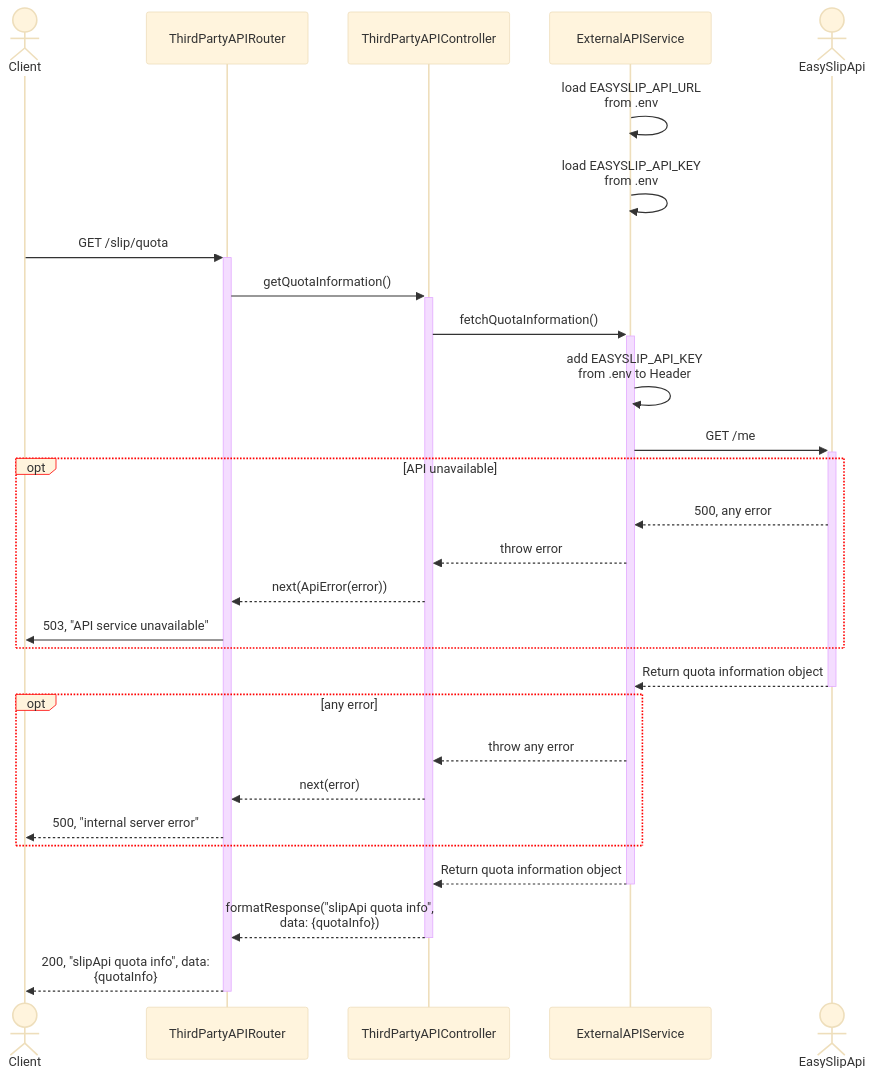
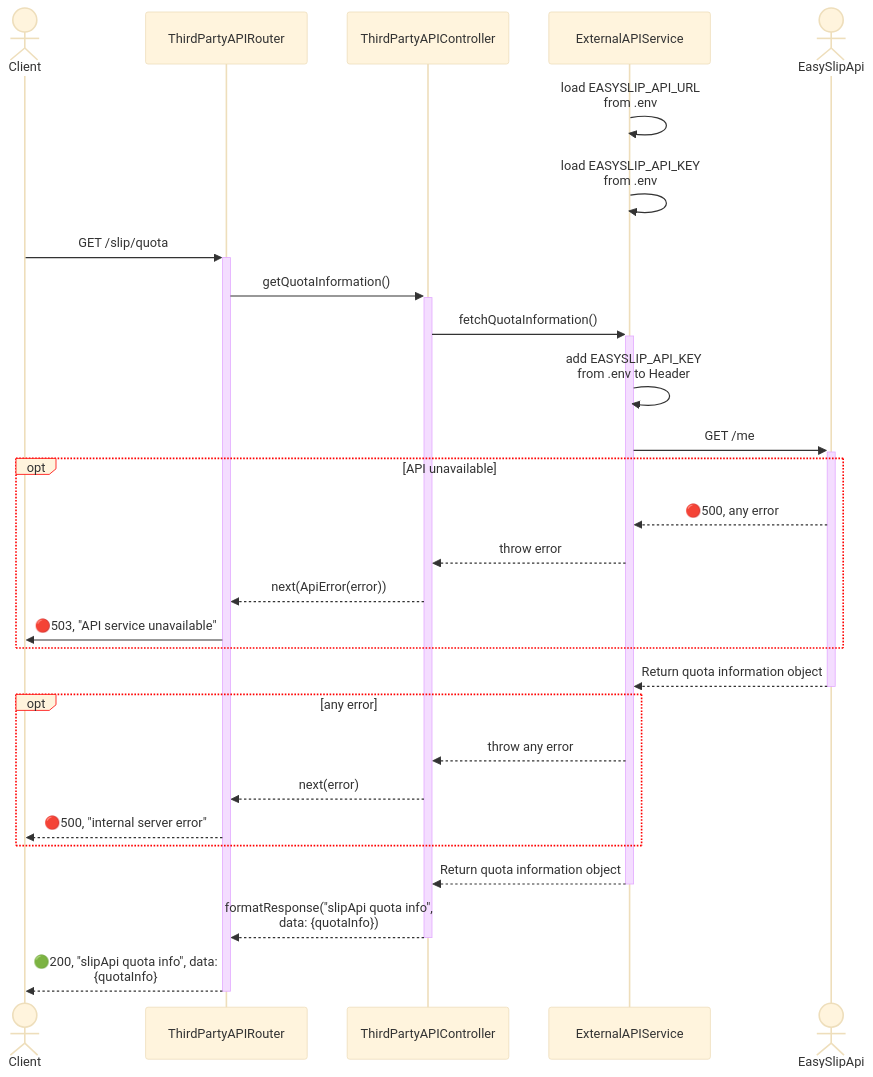
The diagram in design/newClassesDesign/api/QuotaCheck.mmd (SawatKia/WealthTracking), drawn with Mermaid before and after one commit. The commit also changed 22 other files, not shown here.

```diff
--- a/design/newClassesDesign/api/QuotaCheck.mmd
+++ b/design/newClassesDesign/api/QuotaCheck.mmd
@@ -1,46 +1,46 @@
 %%{
     init: {
         "theme":"base",
         "themeVariables": {
             'labelBoxBorderColor': '#ff0000'
         },
         "sequence": { 
             "wrap": true, 
             "width": 202 
         } 
     }
 }%%
 sequenceDiagram
     Actor Client
     participant Router as ThirdPartyAPIRouter
     participant Cont as ThirdPartyAPIController
     participant ApiClient as ExternalAPIService
     Actor Api as EasySlipApi
     %% EASYSLIP_API document = "https://developer.easyslip.com/document"
 
     %% add EASYSLIP_API_URL = "https://developer.easyslip.com/api/v1"<br>to .env
     %% add EASYSLIP_API_KEY from Easy api to .env
     
     ApiClient->>ApiClient: load EASYSLIP_API_URL from .env
     ApiClient->>ApiClient: load EASYSLIP_API_KEY from .env
 
     Client->>+Router: GET /slip/quota
     Router->>+Cont: getQuotaInformation()
     Cont->>+ApiClient: fetchQuotaInformation()
     ApiClient->>ApiClient: add EASYSLIP_API_KEY from .env to Header
     ApiClient->>+Api: GET /me
     opt API unavailable
-        Api-->>ApiClient: 500, any error
+        Api-->>ApiClient: 🔴500, any error
         ApiClient-->>Cont: throw error 
         Cont-->>Router: next(ApiError(error)) 
-        Router->>Client: 503, "API service unavailable"
+        Router->>Client: 🔴503, "API service unavailable"
     end
     Api-->>-ApiClient: Return quota information object
     opt any error
         ApiClient-->>Cont: throw any error
         Cont-->>Router: next(error)
-        Router-->>Client: 500, "internal server error"
+        Router-->>Client: 🔴500, "internal server error"
     end
     ApiClient-->>-Cont: Return quota information object
     Cont-->>-Router: formatResponse("slipApi quota info", data: {quotaInfo})
-    Router-->>-Client: 200, "slipApi quota info", data: {quotaInfo}
+    Router-->>-Client: 🟢200, "slipApi quota info", data: {quotaInfo}
```
